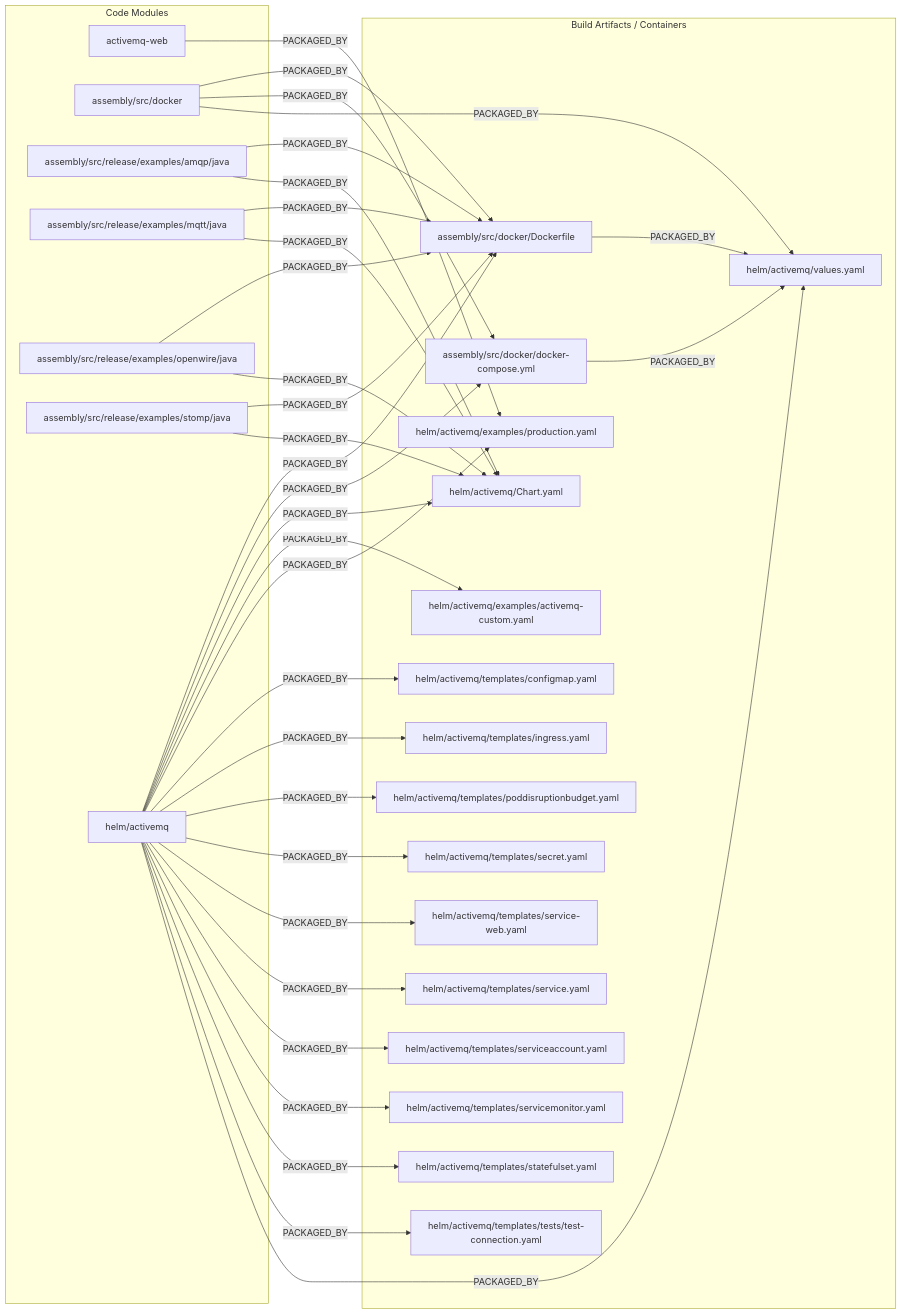
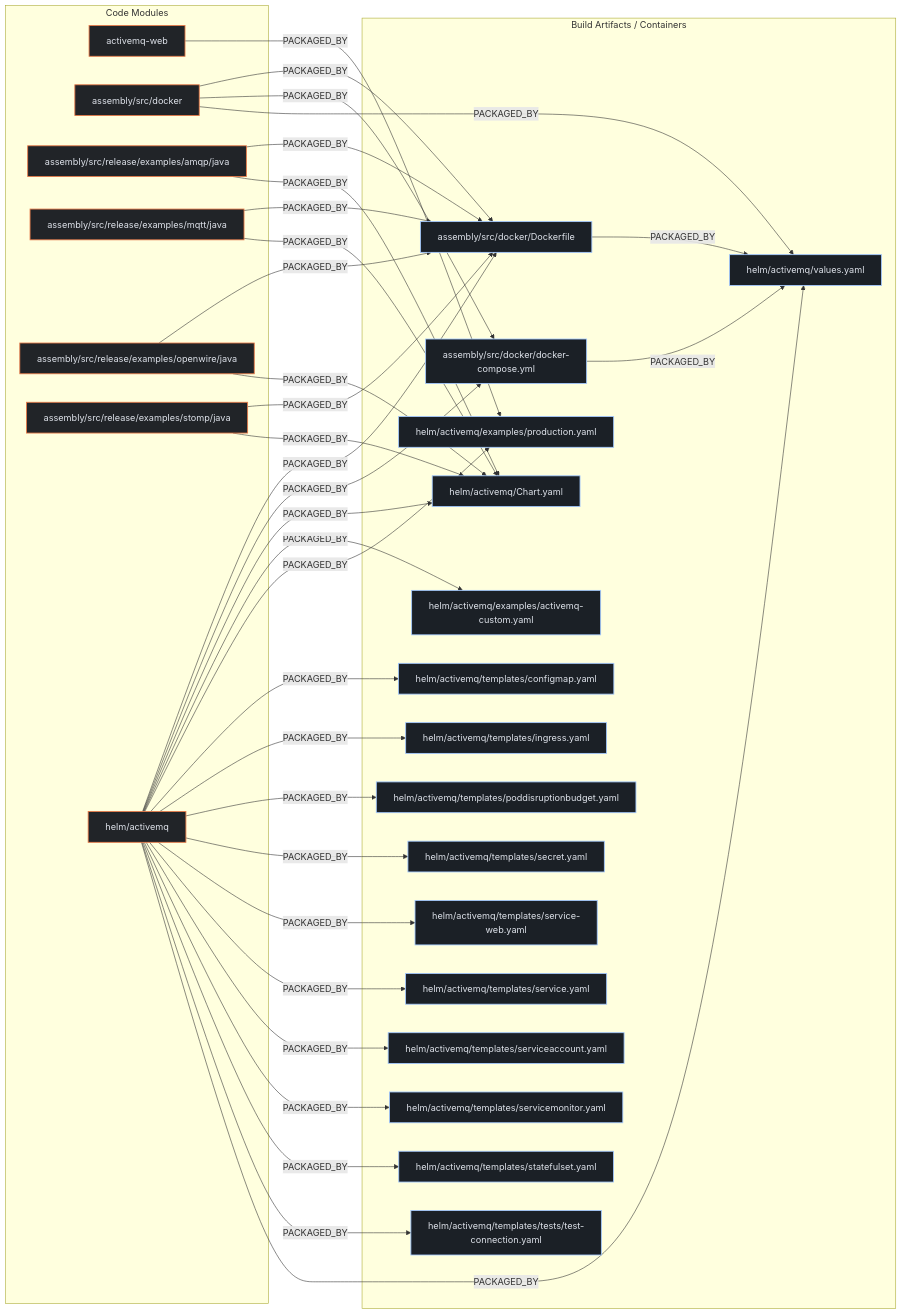
The second of 3 diagrams in exports/latest/reports/apache-activemq-report.md (kumarshaz/atruss-code-atlas), drawn with Mermaid before and after one commit. The commit also changed other lines of this file and 331 other files, not shown here.

Commit message:
docs,ui,fix: update SDLC docs, reorder CI/CD DAG first, stylize Mermaid, and fix Arc42 pipeline topology

````diff
--- a/exports/latest/reports/apache-activemq-report.md
+++ b/exports/latest/reports/apache-activemq-report.md
@@ -207,60 +214,64 @@
 ```mermaid
 flowchart LR
+    classDef atlasCategory fill:#212428,stroke:#E87A48,stroke-width:1.5px,color:#dfe3eb
+    classDef atlasWorkflow fill:#1b2026,stroke:#a3c9ff,stroke-width:1.5px,color:#dfe3eb
+    classDef atlasJob fill:#171c22,stroke:#8d9199,stroke-width:1px,color:#dfe3eb
+    classDef atlasTarget fill:#005227,stroke:#8bd99b,stroke-width:1.5px,color:#a7f6b6
     subgraph code_modules["Code Modules"]
-        mod_activemq_web["activemq-web"]
-        mod_assembly_src_docker["assembly/src/docker"]
-        mod_assembly_src_release_examples_amqp_java["assembly/src/release/examples/amqp/java"]
-        mod_assembly_src_release_examples_mqtt_java["assembly/src/release/examples/mqtt/java"]
-        mod_assembly_src_release_examples_openwire_java["assembly/src/release/examples/openwire/java"]
-        mod_assembly_src_release_examples_stomp_java["assembly/src/release/examples/stomp/java"]
-        mod_helm_activemq["helm/activemq"]
+        mod_activemq_web["activemq-web"]:::atlasCategory
+        mod_assembly_src_docker["assembly/src/docker"]:::atlasCategory
+        mod_assembly_src_release_examples_amqp_java["assembly/src/release/examples/amqp/java"]:::atlasCategory
+        mod_assembly_src_release_examples_mqtt_java["assembly/src/release/examples/mqtt/java"]:::atlasCategory
+        mod_assembly_src_release_examples_openwire_java["assembly/src/release/examples/openwire/java"]:::atlasCategory
+        mod_assembly_src_release_examples_stomp_java["assembly/src/release/examples/stomp/java"]:::atlasCategory
+        mod_helm_activemq["helm/activemq"]:::atlasCategory
     end
     subgraph build_artifacts["Build Artifacts / Containers"]
-        art_assembly_src_docker_Dockerfile["assembly/src/docker/Dockerfile"]
-        art_assembly_src_docker_docker_compose_yml["assembly/src/docker/docker-compose.yml"]
-        art_helm_activemq_Chart_yaml["helm/activemq/Chart.yaml"]
-        art_helm_activemq_examples_activemq_custom_yaml["helm/activemq/examples/activemq-custom.yaml"]
-        art_helm_activemq_examples_production_yaml["helm/activemq/examples/production.yaml"]
-        art_helm_activemq_templates_configmap_yaml["helm/activemq/templates/configmap.yaml"]
-        art_helm_activemq_templates_ingress_yaml["helm/activemq/templates/ingress.yaml"]
-        art_helm_activemq_templates_poddisruptionbudget_yaml["helm/activemq/templates/poddisruptionbudget.yaml"]
-        art_helm_activemq_templates_secret_yaml["helm/activemq/templates/secret.yaml"]
-        art_helm_activemq_templates_service_web_yaml["helm/activemq/templates/service-web.yaml"]
-        art_helm_activemq_templates_service_yaml["helm/activemq/templates/service.yaml"]
-        art_helm_activemq_templates_serviceaccount_yaml["helm/activemq/templates/serviceaccount.yaml"]
-        art_helm_activemq_templates_servicemonitor_yaml["helm/activemq/templates/servicemonitor.yaml"]
-        art_helm_activemq_templates_statefulset_yaml["helm/activemq/templates/statefulset.yaml"]
-        art_helm_activemq_templates_tests_test_connection_yaml["helm/activemq/templates/tests/test-connection.yaml"]
-        art_helm_activemq_values_yaml["helm/activemq/values.yaml"]
+        art_assembly_src_docker_Dockerfile["assembly/src/docker/Dockerfile"]:::atlasWorkflow
+        art_assembly_src_docker_docker_compose_yml["assembly/src/docker/docker-compose.yml"]:::atlasWorkflow
+        art_helm_activemq_Chart_yaml["helm/activemq/Chart.yaml"]:::atlasWorkflow
+        art_helm_activemq_examples_activemq_custom_yaml["helm/activemq/examples/activemq-custom.yaml"]:::atlasWorkflow
+        art_helm_activemq_examples_production_yaml["helm/activemq/examples/production.yaml"]:::atlasWorkflow
+        art_helm_activemq_templates_configmap_yaml["helm/activemq/templates/configmap.yaml"]:::atlasWorkflow
+        art_helm_activemq_templates_ingress_yaml["helm/activemq/templates/ingress.yaml"]:::atlasWorkflow
+        art_helm_activemq_templates_poddisruptionbudget_yaml["helm/activemq/templates/poddisruptionbudget.yaml"]:::atlasWorkflow
+        art_helm_activemq_templates_secret_yaml["helm/activemq/templates/secret.yaml"]:::atlasWorkflow
+        art_helm_activemq_templates_service_web_yaml["helm/activemq/templates/service-web.yaml"]:::atlasWorkflow
+        art_helm_activemq_templates_service_yaml["helm/activemq/templates/service.yaml"]:::atlasWorkflow
+        art_helm_activemq_templates_serviceaccount_yaml["helm/activemq/templates/serviceaccount.yaml"]:::atlasWorkflow
+        art_helm_activemq_templates_servicemonitor_yaml["helm/activemq/templates/servicemonitor.yaml"]:::atlasWorkflow
+        art_helm_activemq_templates_statefulset_yaml["helm/activemq/templates/statefulset.yaml"]:::atlasWorkflow
+        art_helm_activemq_templates_tests_test_connection_yaml["helm/activemq/templates/tests/test-connection.yaml"]:::atlasWorkflow
+        art_helm_activemq_values_yaml["helm/activemq/values.yaml"]:::atlasWorkflow
     end
     mod_activemq_web -->|PACKAGED_BY| art_helm_activemq_examples_production_yaml
     mod_assembly_src_docker -->|PACKAGED_BY| art_assembly_src_docker_Dockerfile
     mod_assembly_src_docker -->|PACKAGED_BY| art_assembly_src_docker_docker_compose_yml
     mod_assembly_src_docker -->|PACKAGED_BY| art_helm_activemq_values_yaml
     mod_assembly_src_release_examples_amqp_java -->|PACKAGED_BY| art_assembly_src_docker_Dockerfile
     mod_assembly_src_release_examples_amqp_java -->|PACKAGED_BY| art_helm_activemq_Chart_yaml
     mod_assembly_src_release_examples_mqtt_java -->|PACKAGED_BY| art_assembly_src_docker_Dockerfile
     mod_assembly_src_release_examples_mqtt_java -->|PACKAGED_BY| art_helm_activemq_Chart_yaml
     mod_assembly_src_release_examples_openwire_java -->|PACKAGED_BY| art_assembly_src_docker_Dockerfile
     mod_assembly_src_release_examples_openwire_java -->|PACKAGED_BY| art_helm_activemq_Chart_yaml
     mod_assembly_src_release_examples_stomp_java -->|PACKAGED_BY| art_assembly_src_docker_Dockerfile
     mod_assembly_src_release_examples_stomp_java -->|PACKAGED_BY| art_helm_activemq_Chart_yaml
     mod_helm_activemq -->|PACKAGED_BY| art_assembly_src_docker_Dockerfile
     mod_helm_activemq -->|PACKAGED_BY| art_assembly_src_docker_docker_compose_yml
     mod_helm_activemq -->|PACKAGED_BY| art_helm_activemq_Chart_yaml
     mod_helm_activemq -->|PACKAGED_BY| art_helm_activemq_examples_activemq_custom_yaml
     mod_helm_activemq -->|PACKAGED_BY| art_helm_activemq_examples_production_yaml
     mod_helm_activemq -->|PACKAGED_BY| art_helm_activemq_templates_configmap_yaml
     mod_helm_activemq -->|PACKAGED_BY| art_helm_activemq_templates_ingress_yaml
     mod_helm_activemq -->|PACKAGED_BY| art_helm_activemq_templates_poddisruptionbudget_yaml
     mod_helm_activemq -->|PACKAGED_BY| art_helm_activemq_templates_secret_yaml
     mod_helm_activemq -->|PACKAGED_BY| art_helm_activemq_templates_service_web_yaml
     mod_helm_activemq -->|PACKAGED_BY| art_helm_activemq_templates_service_yaml
     mod_helm_activemq -->|PACKAGED_BY| art_helm_activemq_templates_serviceaccount_yaml
     mod_helm_activemq -->|PACKAGED_BY| art_helm_activemq_templates_servicemonitor_yaml
     mod_helm_activemq -->|PACKAGED_BY| art_helm_activemq_templates_statefulset_yaml
     mod_helm_activemq -->|PACKAGED_BY| art_helm_activemq_templates_tests_test_connection_yaml
     mod_helm_activemq -->|PACKAGED_BY| art_helm_activemq_values_yaml
     art_assembly_src_docker_Dockerfile -->|PACKAGED_BY| art_helm_activemq_values_yaml
     art_assembly_src_docker_docker_compose_yml -->|PACKAGED_BY| art_helm_activemq_values_yaml
 ```
````
